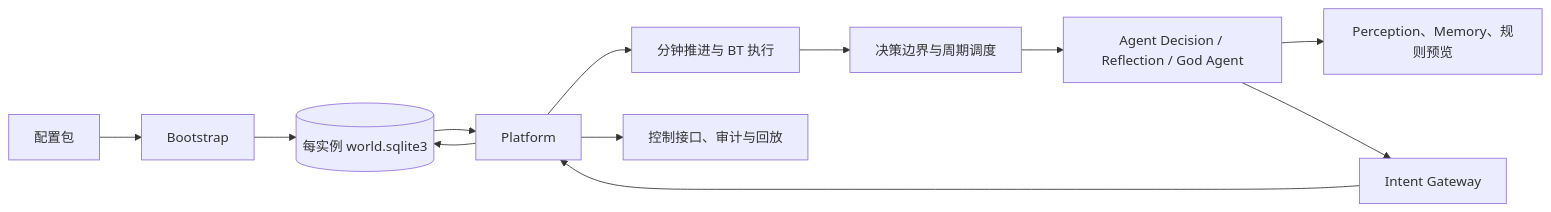
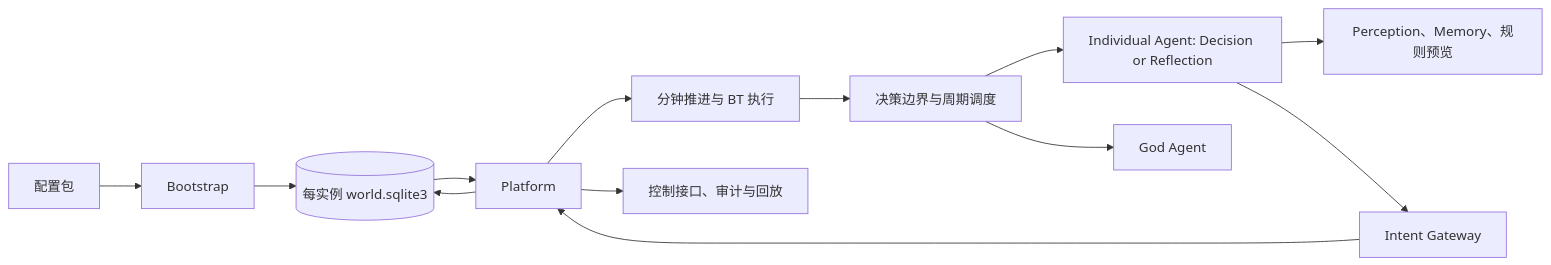
The diagram in docs/design.md (Robin-1978/sim2), drawn with Mermaid before and after one commit. The commit also changed other lines of this file and 30 other files, not shown here.

````diff
--- a/docs/design.md
+++ b/docs/design.md
@@ -36,14 +36,15 @@
 ```mermaid
 flowchart LR
     C[配置包] --> B[Bootstrap]
     B --> DB[(每实例 world.sqlite3)]
     DB --> P[Platform]
     P --> T[分钟推进与 BT 执行]
     T --> Q[决策边界与周期调度]
-    Q --> A[Agent Decision / Reflection / God Agent]
+    Q --> A[Individual Agent: Decision or Reflection]
+    Q --> G[God Agent]
     A --> R[Perception、Memory、规则预览]
     A --> I[Intent Gateway]
     I --> P
     P --> DB
     P --> E[控制接口、审计与回放]
 ```
````
